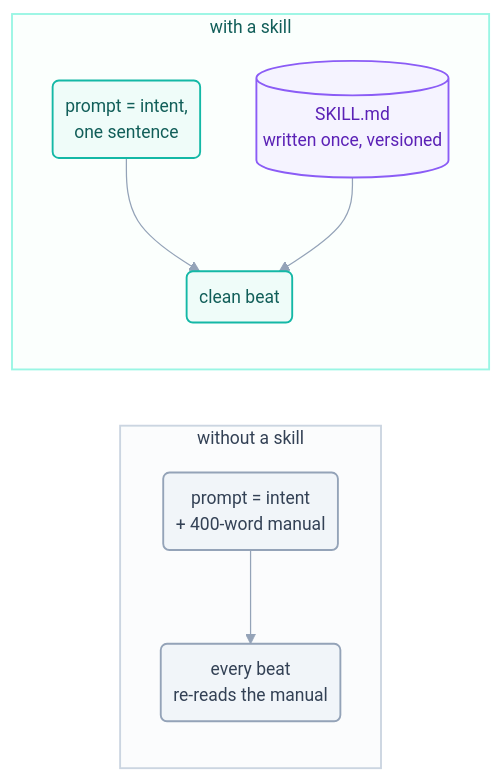
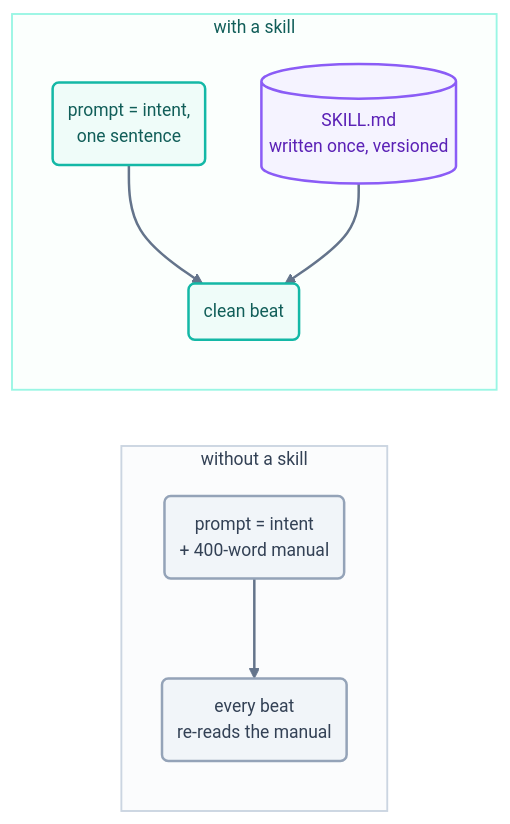
Before and after one commit to ayeshakhalid192007-dev/LoopEngineering-CrashCourse: the first of 2 diagrams in docs/05-part-3-the-body/09-skills.md, drawn with Mermaid. The commit also changed other lines of this file and 66 other files, not shown here.

First line of the commit message:
docs(diagrams): bolden and unify all 70 mermaid diagrams

````diff
--- a/docs/05-part-3-the-body/09-skills.md
+++ b/docs/05-part-3-the-body/09-skills.md
@@ -45,16 +45,17 @@
 ```mermaid
-%%{init: {'theme':'base','themeVariables':{'fontFamily':'ui-sans-serif, system-ui, sans-serif','fontSize':'14px','lineColor':'#94a3b8'},'flowchart':{'curve':'basis','nodeSpacing':45,'rankSpacing':50,'padding':10}}}%%
+%%{init: {'theme':'base','themeVariables':{'fontFamily':'ui-sans-serif, system-ui, sans-serif','fontSize':'14px','lineColor':'#64748b','edgeLabelBackground':'#f8fafc'},'flowchart':{'curve':'basis','nodeSpacing':45,'rankSpacing':55,'padding':12}}}%%
 flowchart LR
     subgraph FAT ["without a skill"]
       P1("prompt = intent<br/>+ 400-word manual"):::stop --> B1("every beat<br/>re-reads the manual"):::stop
     end
     subgraph LEAN ["with a skill"]
       P2("prompt = intent,<br/>one sentence"):::win --> B2("clean beat"):::win
       SK[("SKILL.md<br/>written once, versioned")]:::cfg --> B2
     end
-    classDef stop fill:#f1f5f9,stroke:#94a3b8,stroke-width:1.5px,color:#334155;
-    classDef win fill:#effcf9,stroke:#14b8a6,stroke-width:1.5px,color:#115e59;
-    classDef cfg fill:#f5f3ff,stroke:#8b5cf6,stroke-width:1.5px,color:#5b21b6;
+    linkStyle default stroke:#64748b,stroke-width:2px;
+    classDef stop fill:#f1f5f9,stroke:#94a3b8,stroke-width:2px,color:#334155;
+    classDef win fill:#effcf9,stroke:#14b8a6,stroke-width:2px,color:#115e59;
+    classDef cfg fill:#f5f3ff,stroke:#8b5cf6,stroke-width:2px,color:#5b21b6;
     style FAT fill:#fbfcfd,stroke:#cbd5e1,stroke-width:1.5px,color:#334155;
     style LEAN fill:#fbfffd,stroke:#99f6e4,stroke-width:1.5px,color:#115e59;
 ```
````
